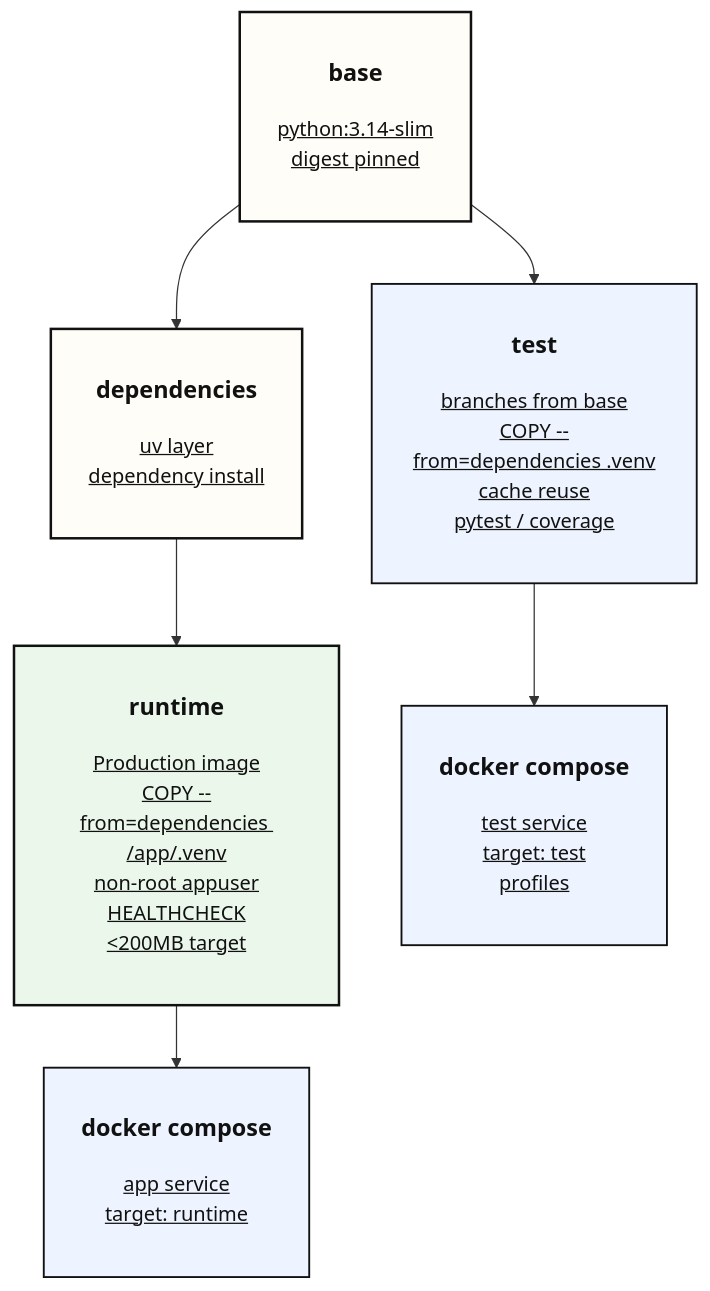
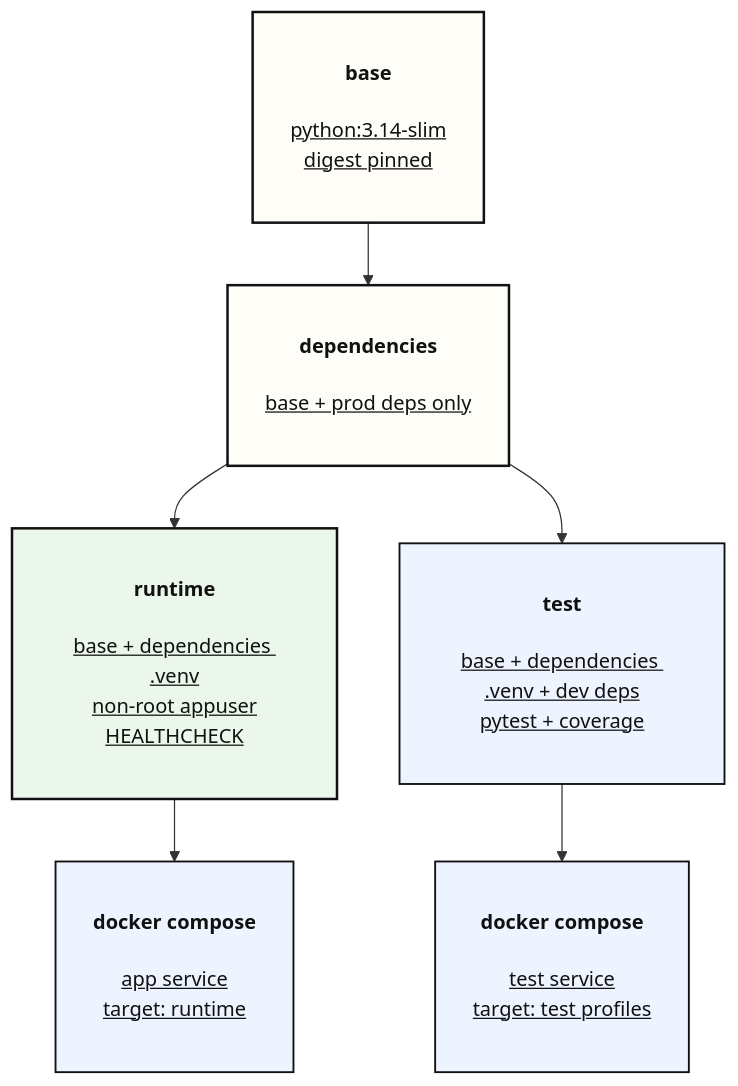
The fourth of 4 diagrams in README.md (yaoki-dev/api-test-devops-portfolio), drawn with Mermaid before and after one commit. The commit also changed other lines of this file and 7 other files, not shown here.

````diff
--- a/README.md
+++ b/README.md
@@ -203,29 +221,29 @@
 ```mermaid
 flowchart TD
-    B["<h3>base</h3><u>python:3.14-slim<br/>digest pinned</u>
+    B["<h4>base</h4><u>python:3.14-slim<br/>digest pinned</u>
     <br/>"]
 
-    B --> D["<h3>dependencies</h3><u>uv layer<br/>dependency install</u>
+    B --> D["<h4>dependencies</h4><u>base + prod deps only</u>
     <br/>"]
 
-    D --> R["<h3>runtime</h3><u>Production image<br/>COPY --from=dependencies /app/.venv<br/>non-root appuser<br/>HEALTHCHECK<br/>&lt;200MB target</u>
+    D --> R["<h4>runtime</h4><u>base + dependencies .venv<br/>non-root appuser<br/>HEALTHCHECK</u>
     <br/>"]
 
-    B --> T["<h3>test</h3><u>branches from base<br/>COPY --from=dependencies .venv<br/>cache reuse<br/>pytest / coverage</u>
+    D --> T["<h4>test</h4><u>base + dependencies .venv + dev deps<br/>pytest + coverage</u>
     <br/>"]
 
-    R --> C1["<h3>docker compose</h3><u>app service<br/>target: runtime</u>
+    R --> C1["<h4>docker compose</h4><u>app service<br/>target: runtime</u>
     <br/>"]
 
-    T --> C2["<h3>docker compose</h3><u>test service<br/>target: test<br/>profiles</u>
+    T --> C2["<h4>docker compose</h4><u>test service<br/>target: test profiles</u>
     <br/>"]
 
     classDef default fill:#F7F3EA,stroke:#111,stroke-width:1.5px,color:#111;
     classDef key fill:#FFFDF7,stroke:#111,stroke-width:2px,color:#111;
     classDef runtime fill:#EAF7EA,stroke:#111,stroke-width:2px,color:#111;
     classDef support fill:#EEF4FF,stroke:#111,stroke-width:1.5px,color:#111;
 
     class B,D key;
     class R runtime;
     class T,C1,C2 support;
 ```
````
